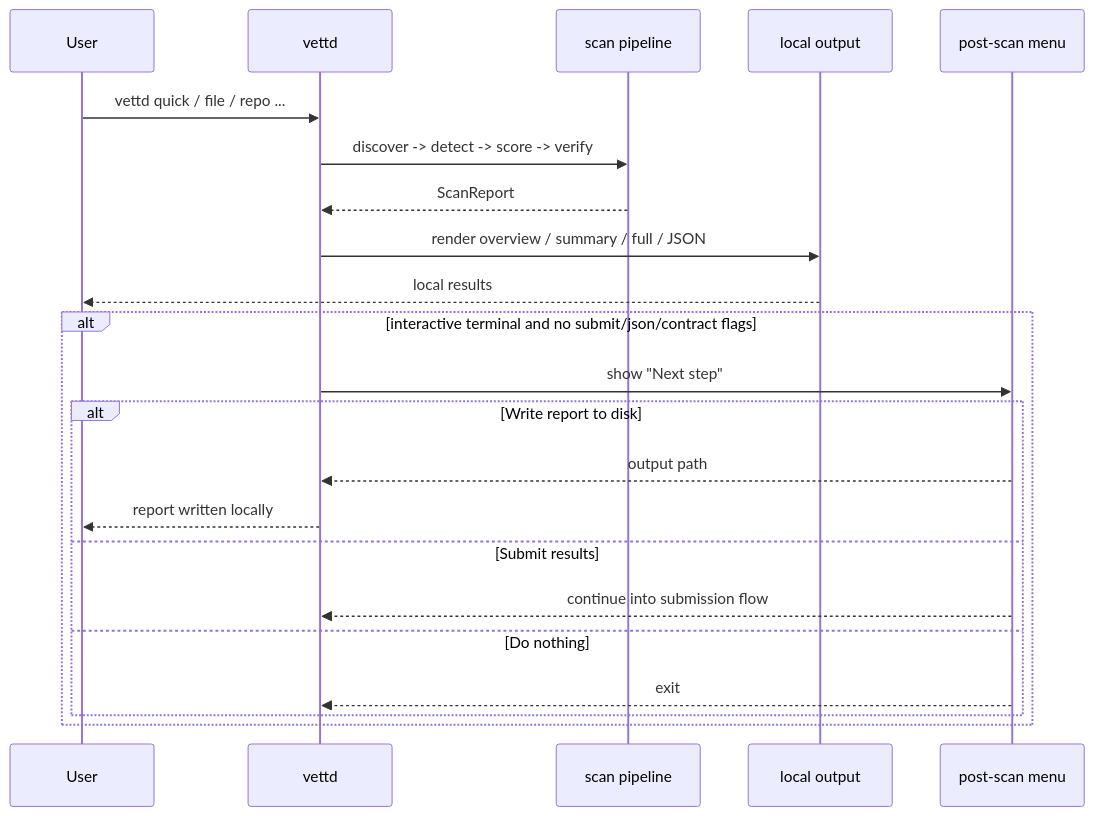
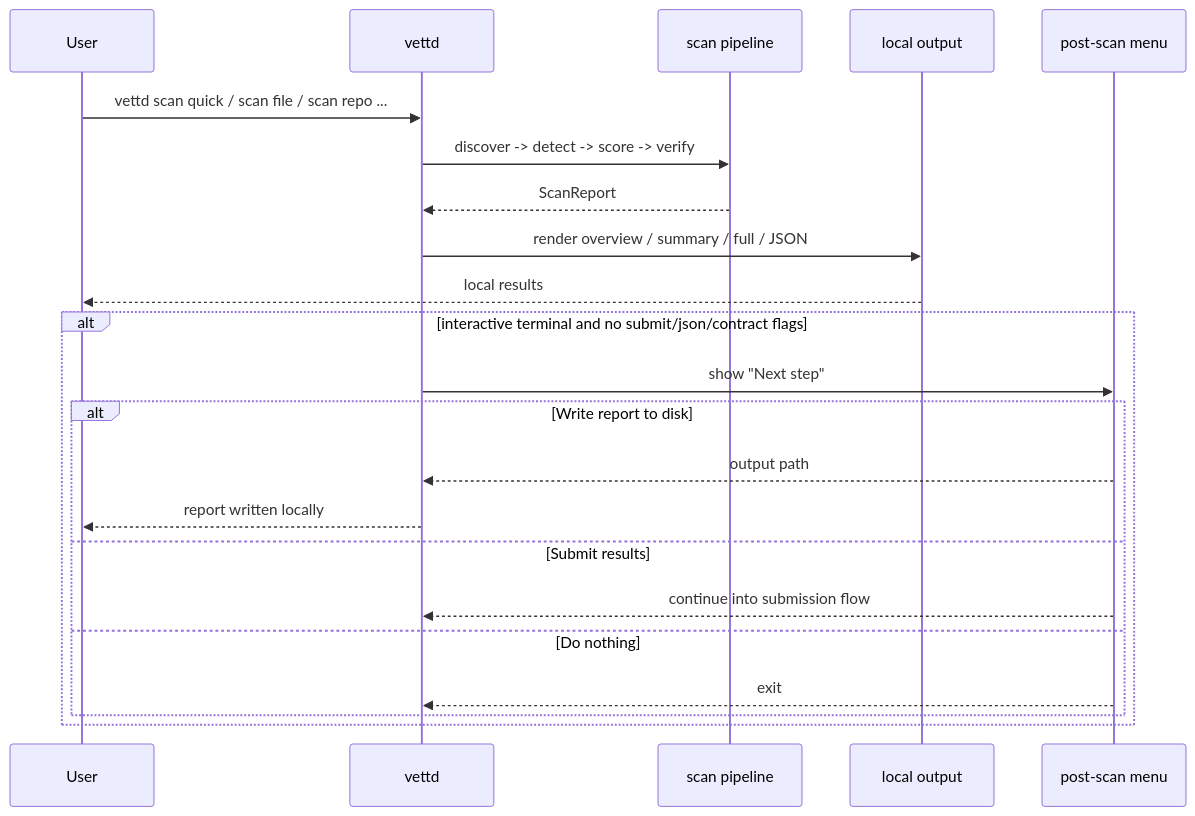
Before and after one commit to AgenticHighway/vettd-cli: the second of 4 diagrams in docs/user-flows.md, drawn with Mermaid. The commit also changed other lines of this file and 5 other files, not shown here.

First line of the commit message:
docs: align command surface to vettd scan subcommand tree

````diff
--- a/docs/user-flows.md
+++ b/docs/user-flows.md
@@ -38,25 +38,25 @@
 ```mermaid
 sequenceDiagram
     participant User
     participant CLI as vettd
     participant Scan as scan pipeline
     participant Out as local output
     participant Prompt as post-scan menu
 
-    User->>CLI: vettd quick / file / repo ...
+    User->>CLI: vettd scan quick / scan file / scan repo ...
     CLI->>Scan: discover -> detect -> score -> verify
     Scan-->>CLI: ScanReport
     CLI->>Out: render overview / summary / full / JSON
     Out-->>User: local results
     alt interactive terminal and no submit/json/contract flags
         CLI->>Prompt: show "Next step"
         alt Write report to disk
             Prompt-->>CLI: output path
             CLI-->>User: report written locally
         else Submit results
             Prompt-->>CLI: continue into submission flow
         else Do nothing
             Prompt-->>CLI: exit
         end
     end
 ```
````
